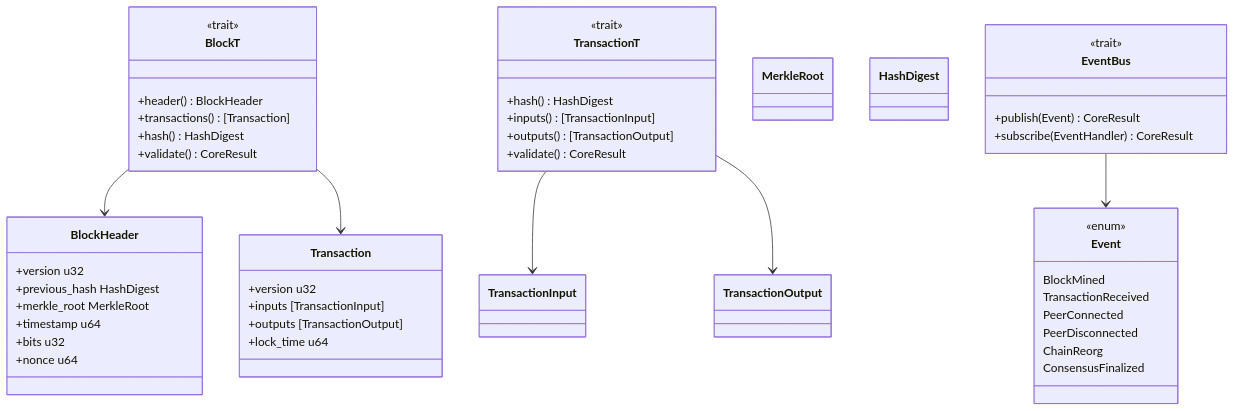
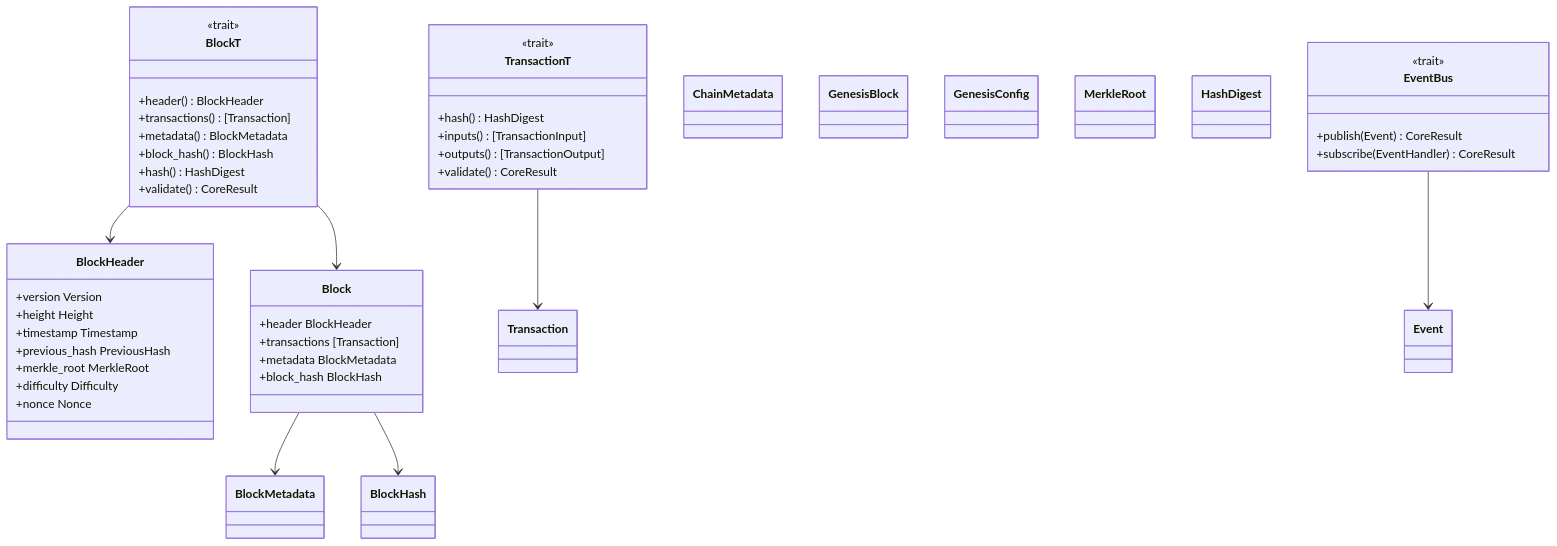
One commit to ahmed-el5hatib/quantum-safe-blockchain changed the diagram in crates/blockchain-core/README.md. Above: the diagram before and after it, drawn with Mermaid. The commit also changed other lines of this file, not shown here.

Commit message:
docs(block): document blockchain data model
- Add architecture diagram with class relationships
- Document block anatomy: header, transactions, metadata, block hash
- Explain genesis block and deterministic generation
- Document crypto agility integration with HashFunction trait
- Add future roadmap items

````diff
--- a/crates/blockchain-core/README.md
+++ b/crates/blockchain-core/README.md
@@ -7,52 +7,53 @@
 ```mermaid
 classDiagram
     class BlockT {
         <<trait>>
         +header() BlockHeader
         +transactions() [Transaction]
+        +metadata() BlockMetadata
+        +block_hash() BlockHash
         +hash() HashDigest
         +validate() CoreResult
     }
     class TransactionT {
         <<trait>>
         +hash() HashDigest
         +inputs() [TransactionInput]
         +outputs() [TransactionOutput]
         +validate() CoreResult
     }
     class BlockHeader {
-        +version u32
-        +previous_hash HashDigest
+        +version Version
+        +height Height
+        +timestamp Timestamp
+        +previous_hash PreviousHash
         +merkle_root MerkleRoot
-        +timestamp u64
-        +bits u32
-        +nonce u64
+        +difficulty Difficulty
+        +nonce Nonce
     }
-    class Transaction {
-        +version u32
-        +inputs [TransactionInput]
-        +outputs [TransactionOutput]
-        +lock_time u64
+    class Block {
+        +header BlockHeader
+        +transactions [Transaction]
+        +metadata BlockMetadata
+        +block_hash BlockHash
     }
+    class BlockMetadata
+    class ChainMetadata
+    class GenesisBlock
+    class GenesisConfig
+    class Transaction
     class MerkleRoot
     class HashDigest
     class EventBus {
         <<trait>>
         +publish(Event) CoreResult
         +subscribe(EventHandler) CoreResult
     }
-    class Event {
-        <<enum>>
-        BlockMined
-        TransactionReceived
-        PeerConnected
-        PeerDisconnected
-        ChainReorg
-        ConsensusFinalized
-    }
+    class Event
     BlockT --> BlockHeader
-    BlockT --> Transaction
-    TransactionT --> TransactionInput
-    TransactionT --> TransactionOutput
+    BlockT --> Block
+    Block --> BlockMetadata
+    Block --> BlockHash
+    TransactionT --> Transaction
     EventBus --> Event
 ```
````
